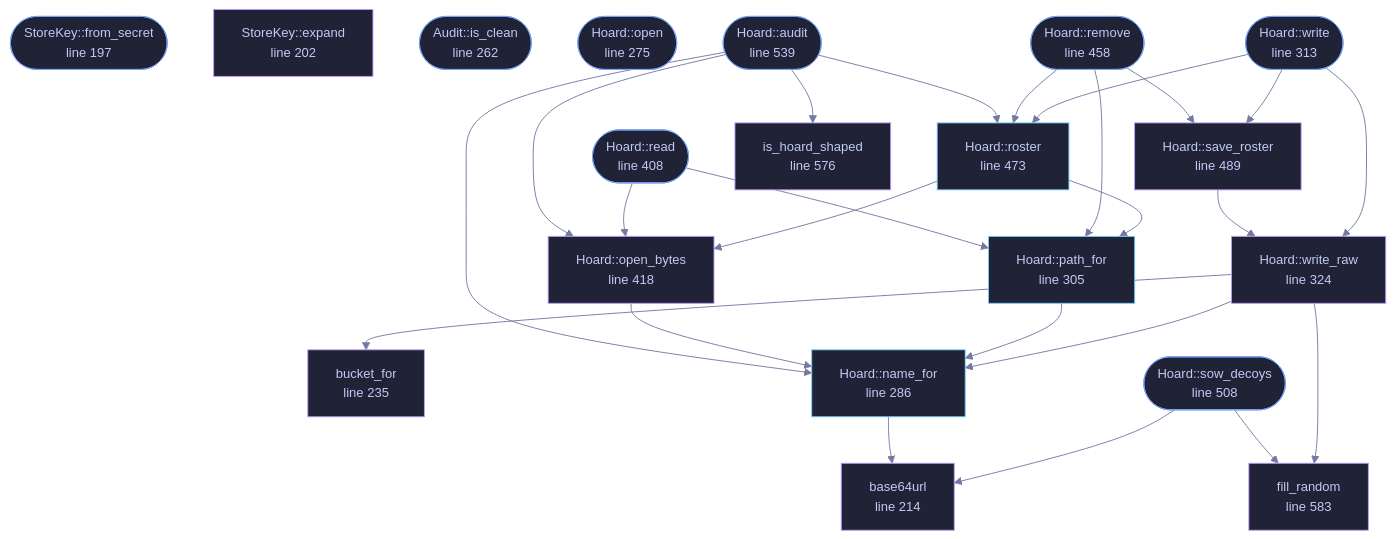
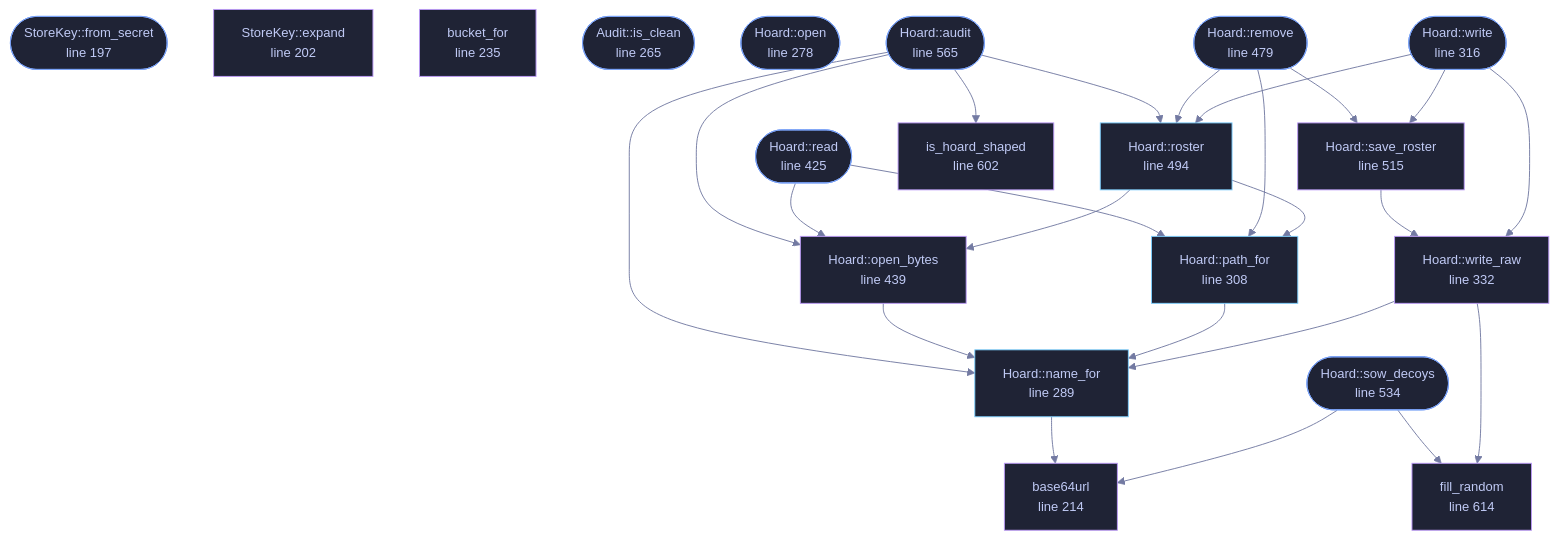
Before and after one commit to tilas01/veilvoice: the diagram in docs/files/veilvoice-crypto/hoard.md, drawn with Mermaid. The commit also changed other lines of this file and 528 other files, not shown here.

````diff
--- a/docs/files/veilvoice-crypto/hoard.md
+++ b/docs/files/veilvoice-crypto/hoard.md
@@ -198,71 +198,70 @@
 ```mermaid
 %%{init: {"theme":"base","themeVariables":{"background":"#1a1b26","primaryColor":"#1f2335","primaryTextColor":"#c0caf5","primaryBorderColor":"#7aa2f7","secondaryColor":"#16161e","tertiaryColor":"#16161e","lineColor":"#737aa2","textColor":"#c0caf5","mainBkg":"#1f2335","nodeBorder":"#7aa2f7","clusterBkg":"#16161e","clusterBorder":"#2f3549","fontFamily":"ui-monospace, SFMono-Regular, Consolas, monospace","fontSize":"14px"}}}%%
 flowchart TD
     n_from_secret(["StoreKey::from_secret<br/>line 197"])
     n_expand["StoreKey::expand<br/>line 202"]
     n_base64url["base64url<br/>line 214"]
     n_bucket_for["bucket_for<br/>line 235"]
-    n_is_clean(["Audit::is_clean<br/>line 262"])
-    n_open(["Hoard::open<br/>line 275"])
-    n_name_for["Hoard::name_for<br/>line 286"]
-    n_path_for["Hoard::path_for<br/>line 305"]
-    n_write(["Hoard::write<br/>line 313"])
-    n_write_raw["Hoard::write_raw<br/>line 324"]
-    n_read(["Hoard::read<br/>line 408"])
-    n_open_bytes["Hoard::open_bytes<br/>line 418"]
-    n_remove(["Hoard::remove<br/>line 458"])
-    n_roster["Hoard::roster<br/>line 473"]
-    n_save_roster["Hoard::save_roster<br/>line 489"]
-    n_sow_decoys(["Hoard::sow_decoys<br/>line 508"])
-    n_audit(["Hoard::audit<br/>line 539"])
-    n_is_hoard_shaped["is_hoard_shaped<br/>line 576"]
-    n_fill_random["fill_random<br/>line 583"]
+    n_is_clean(["Audit::is_clean<br/>line 265"])
+    n_open(["Hoard::open<br/>line 278"])
+    n_name_for["Hoard::name_for<br/>line 289"]
+    n_path_for["Hoard::path_for<br/>line 308"]
+    n_write(["Hoard::write<br/>line 316"])
+    n_write_raw["Hoard::write_raw<br/>line 332"]
+    n_read(["Hoard::read<br/>line 425"])
+    n_open_bytes["Hoard::open_bytes<br/>line 439"]
+    n_remove(["Hoard::remove<br/>line 479"])
+    n_roster["Hoard::roster<br/>line 494"]
+    n_save_roster["Hoard::save_roster<br/>line 515"]
+    n_sow_decoys(["Hoard::sow_decoys<br/>line 534"])
+    n_audit(["Hoard::audit<br/>line 565"])
+    n_is_hoard_shaped["is_hoard_shaped<br/>line 602"]
+    n_fill_random["fill_random<br/>line 614"]
     n_audit --> n_is_hoard_shaped
     n_audit --> n_name_for
     n_audit --> n_open_bytes
     n_audit --> n_roster
     n_name_for --> n_base64url
     n_open_bytes --> n_name_for
     n_path_for --> n_name_for
     n_read --> n_open_bytes
     n_read --> n_path_for
     n_remove --> n_path_for
     n_remove --> n_roster
     n_remove --> n_save_roster
     n_roster --> n_open_bytes
     n_roster --> n_path_for
     n_save_roster --> n_write_raw
     n_sow_decoys --> n_base64url
     n_sow_decoys --> n_fill_random
     n_write --> n_roster
     n_write --> n_save_roster
     n_write --> n_write_raw
-    n_write_raw --> n_bucket_for
     n_write_raw --> n_fill_random
     n_write_raw --> n_name_for
     click n_from_secret href "https://github.com/tilas01/veilvoice/blob/main/crates/veilvoice-crypto/src/hoard.rs#L197" "open the source"
     click n_expand href "https://github.com/tilas01/veilvoice/blob/main/crates/veilvoice-crypto/src/hoard.rs#L202" "open the source"
     click n_base64url href "https://github.com/tilas01/veilvoice/blob/main/crates/veilvoice-crypto/src/hoard.rs#L214" "open the source"
     click n_bucket_for href "https://github.com/tilas01/veilvoice/blob/main/crates/veilvoice-crypto/src/hoard.rs#L235" "open the source"
-    click n_is_clean href "https://github.com/tilas01/veilvoice/blob/main/crates/veilvoice-crypto/src/hoard.rs#L262" "open the source"
-    click n_open href "https://github.com/tilas01/veilvoice/blob/main/crates/veilvoice-crypto/src/hoard.rs#L275" "open the source"
-    click n_name_for href "https://github.com/tilas01/veilvoice/blob/main/crates/veilvoice-crypto/src/hoard.rs#L286" "open the source"
-    click n_path_for href "https://github.com/tilas01/veilvoice/blob/main/crates/veilvoice-crypto/src/hoard.rs#L305" "open the source"
-    click n_write href "https://github.com/tilas01/veilvoice/blob/main/crates/veilvoice-crypto/src/hoard.rs#L313" "open the source"
-    click n_write_raw href "https://github.com/tilas01/veilvoice/blob/main/crates/veilvoice-crypto/src/hoard.rs#L324" "open the source"
-    click n_read href "https://github.com/tilas01/veilvoice/blob/main/crates/veilvoice-crypto/src/hoard.rs#L408" "open the source"
-    click n_open_bytes href "https://github.com/tilas01/veilvoice/blob/main/crates/veilvoice-crypto/src/hoard.rs#L418" "open the source"
-    click n_remove href "https://github.com/tilas01/veilvoice/blob/main/crates/veilvoice-crypto/src/hoard.rs#L458" "open the source"
-    click n_roster href "https://github.com/tilas01/veilvoice/blob/main/crates/veilvoice-crypto/src/hoard.rs#L473" "open the source"
-    click n_save_roster href "https://github.com/tilas01/veilvoice/blob/main/crates/veilvoice-crypto/src/hoard.rs#L489" "open the source"
-    click n_sow_decoys href "https://github.com/tilas01/veilvoice/blob/main/crates/veilvoice-crypto/src/hoard.rs#L508" "open the source"
-    click n_audit href "https://github.com/tilas01/veilvoice/blob/main/crates/veilvoice-crypto/src/hoard.rs#L539" "open the source"
-    click n_is_hoard_shaped href "https://github.com/tilas01/veilvoice/blob/main/crates/veilvoice-crypto/src/hoard.rs#L576" "open the source"
-    click n_fill_random href "https://github.com/tilas01/veilvoice/blob/main/crates/veilvoice-crypto/src/hoard.rs#L583" "open the source"
+    click n_is_clean href "https://github.com/tilas01/veilvoice/blob/main/crates/veilvoice-crypto/src/hoard.rs#L265" "open the source"
+    click n_open href "https://github.com/tilas01/veilvoice/blob/main/crates/veilvoice-crypto/src/hoard.rs#L278" "open the source"
+    click n_name_for href "https://github.com/tilas01/veilvoice/blob/main/crates/veilvoice-crypto/src/hoard.rs#L289" "open the source"
+    click n_path_for href "https://github.com/tilas01/veilvoice/blob/main/crates/veilvoice-crypto/src/hoard.rs#L308" "open the source"
+    click n_write href "https://github.com/tilas01/veilvoice/blob/main/crates/veilvoice-crypto/src/hoard.rs#L316" "open the source"
+    click n_write_raw href "https://github.com/tilas01/veilvoice/blob/main/crates/veilvoice-crypto/src/hoard.rs#L332" "open the source"
+    click n_read href "https://github.com/tilas01/veilvoice/blob/main/crates/veilvoice-crypto/src/hoard.rs#L425" "open the source"
+    click n_open_bytes href "https://github.com/tilas01/veilvoice/blob/main/crates/veilvoice-crypto/src/hoard.rs#L439" "open the source"
+    click n_remove href "https://github.com/tilas01/veilvoice/blob/main/crates/veilvoice-crypto/src/hoard.rs#L479" "open the source"
+    click n_roster href "https://github.com/tilas01/veilvoice/blob/main/crates/veilvoice-crypto/src/hoard.rs#L494" "open the source"
+    click n_save_roster href "https://github.com/tilas01/veilvoice/blob/main/crates/veilvoice-crypto/src/hoard.rs#L515" "open the source"
+    click n_sow_decoys href "https://github.com/tilas01/veilvoice/blob/main/crates/veilvoice-crypto/src/hoard.rs#L534" "open the source"
+    click n_audit href "https://github.com/tilas01/veilvoice/blob/main/crates/veilvoice-crypto/src/hoard.rs#L565" "open the source"
+    click n_is_hoard_shaped href "https://github.com/tilas01/veilvoice/blob/main/crates/veilvoice-crypto/src/hoard.rs#L602" "open the source"
+    click n_fill_random href "https://github.com/tilas01/veilvoice/blob/main/crates/veilvoice-crypto/src/hoard.rs#L614" "open the source"
     classDef entry fill:#1f2335,stroke:#7aa2f7,color:#c0caf5
     class n_from_secret,n_is_clean,n_open,n_write,n_read,n_remove,n_sow_decoys,n_audit entry
     classDef api fill:#1f2335,stroke:#7dcfff,color:#c0caf5
     class n_name_for,n_path_for,n_roster api
     classDef helper fill:#1f2335,stroke:#bb9af7,color:#c0caf5
     class n_expand,n_base64url,n_bucket_for,n_write_raw,n_open_bytes,n_save_roster,n_is_hoard_shaped,n_fill_random helper
 ```
````
